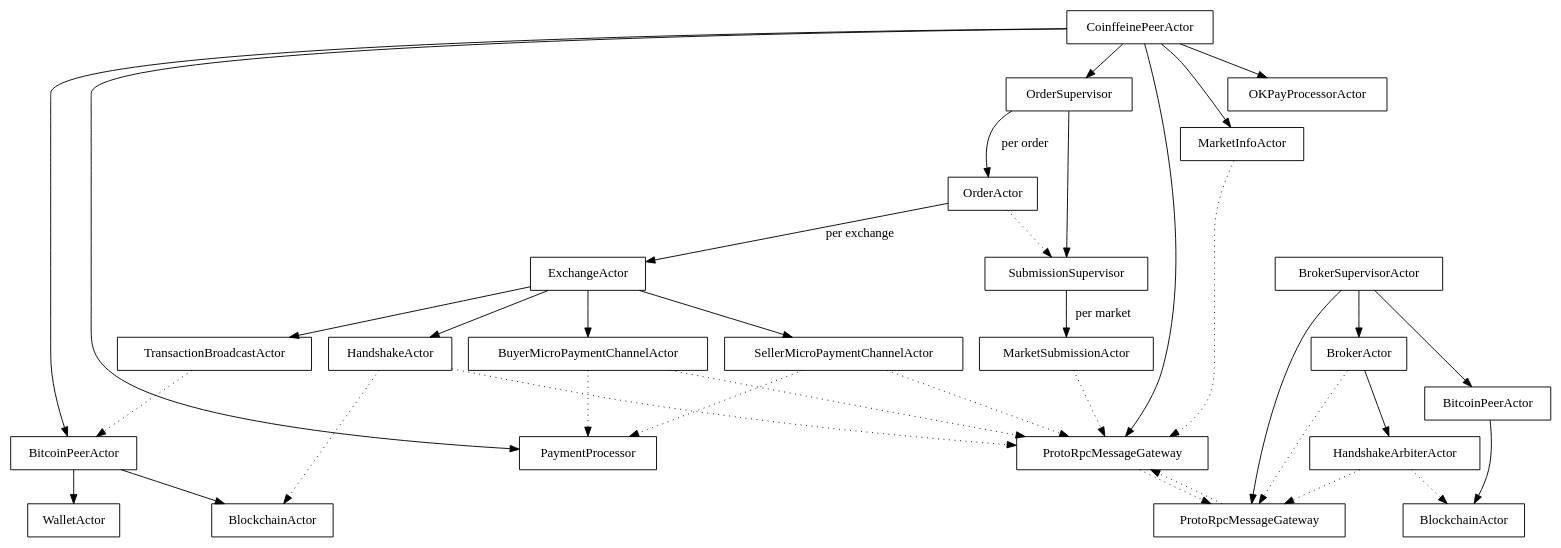
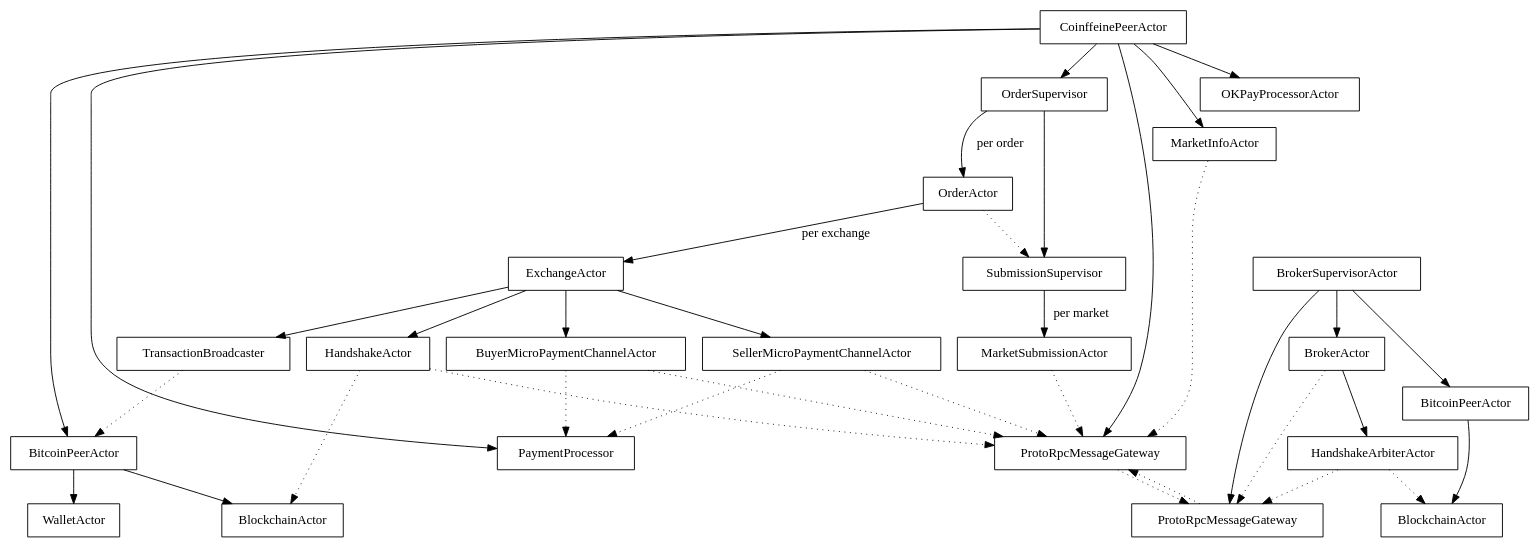
One commit to Gutalean/coinffeine changed the diagram in doc/graphviz/actor-supervision.dot. Above: the diagram before and after it, drawn with Graphviz. The commit also changed 6 other files, not shown here.

First line of the commit message:
Rename TransactionBroadcaster and implementations

```diff
--- a/doc/graphviz/actor-supervision.dot
+++ b/doc/graphviz/actor-supervision.dot
@@ -1,50 +1,50 @@
 digraph {
 	node[shape=rectangle];
 
 	ProtoRpcMessageGateway1[label="ProtoRpcMessageGateway"];
 	ProtoRpcMessageGateway2[label="ProtoRpcMessageGateway"];
 	ProtoRpcMessageGateway1 -> ProtoRpcMessageGateway2 [style=dotted];
 	ProtoRpcMessageGateway2 -> ProtoRpcMessageGateway1 [style=dotted];
 
 	BitcoinPeerActor1[label="BitcoinPeerActor"];
 	BlockchainActor1[label="BlockchainActor"];
 	BitcoinPeerActor1 -> BlockchainActor1, WalletActor;
 	BitcoinPeerActor2[label="BitcoinPeerActor"];
 	BlockchainActor2[label="BlockchainActor"];
 	BitcoinPeerActor2 -> BlockchainActor2;
 
 	#############################################################
 	# Client side
 	CoinffeinePeerActor -> ProtoRpcMessageGateway1, OrderSupervisor,
                                BitcoinPeerActor1, PaymentProcessor,
 			       OKPayProcessorActor;
 	CoinffeinePeerActor -> MarketInfoActor;
 
 	MarketInfoActor -> ProtoRpcMessageGateway1[style=dotted];
 	OrderSupervisor -> SubmissionSupervisor;
 	SubmissionSupervisor -> MarketSubmissionActor[label="per market"];
 	OrderSupervisor -> OrderActor[label="per order"];
 	OrderActor -> ExchangeActor [label="per exchange"];
 	MarketSubmissionActor -> ProtoRpcMessageGateway1[style=dotted];
 	OrderActor -> SubmissionSupervisor [style=dotted];
 
 	# Client exchange
 	ExchangeActor -> HandshakeActor, 
 		         BuyerMicroPaymentChannelActor, 
 		         SellerMicroPaymentChannelActor, 
-			 TransactionBroadcastActor;
+			 TransactionBroadcaster;
 	HandshakeActor -> ProtoRpcMessageGateway1, BlockchainActor1 [style=dotted];
-	TransactionBroadcastActor -> BitcoinPeerActor1 [style=dotted];
+	TransactionBroadcaster -> BitcoinPeerActor1 [style=dotted];
 	BuyerMicroPaymentChannelActor -> ProtoRpcMessageGateway1, PaymentProcessor [style=dotted];
 	SellerMicroPaymentChannelActor -> ProtoRpcMessageGateway1, PaymentProcessor [style=dotted];
 
 
 	#############################################################
 	# Server side
 	BrokerSupervisorActor -> BrokerActor, ProtoRpcMessageGateway2,
  			         BitcoinPeerActor2;
 	BrokerActor -> ProtoRpcMessageGateway2[style=dotted];
 	BrokerActor -> HandshakeArbiterActor;
 	HandshakeArbiterActor -> ProtoRpcMessageGateway2[style=dotted];
 	HandshakeArbiterActor -> BlockchainActor2[style=dotted];
 }
```
